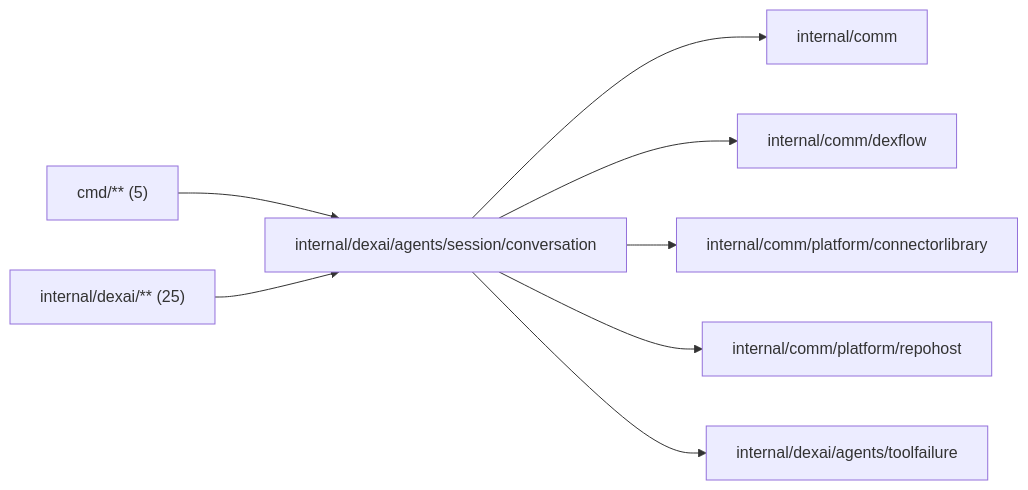
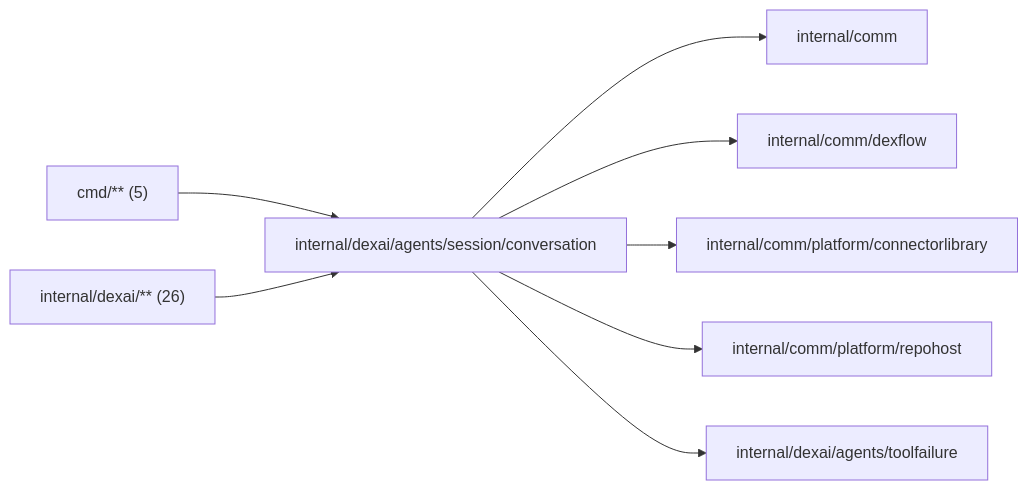
The diagram in internal/dexai/agents/session/conversation/README.md (superdurable/superverse), drawn with Mermaid before and after one commit. The commit also changed other lines of this file and 51 other files, not shown here.

````diff
--- a/internal/dexai/agents/session/conversation/README.md
+++ b/internal/dexai/agents/session/conversation/README.md
@@ -10,11 +10,11 @@
 ```mermaid
 flowchart LR
   self["internal/dexai/agents/session/conversation"]
   c0["cmd/** (5)"] --> self
-  c1["internal/dexai/** (25)"] --> self
+  c1["internal/dexai/** (26)"] --> self
   self --> d0["internal/comm"]
   self --> d1["internal/comm/dexflow"]
   self --> d2["internal/comm/platform/connectorlibrary"]
   self --> d3["internal/comm/platform/repohost"]
   self --> d4["internal/dexai/agents/toolfailure"]
 ```
````
